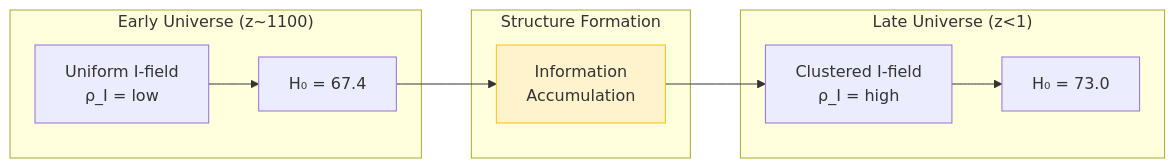
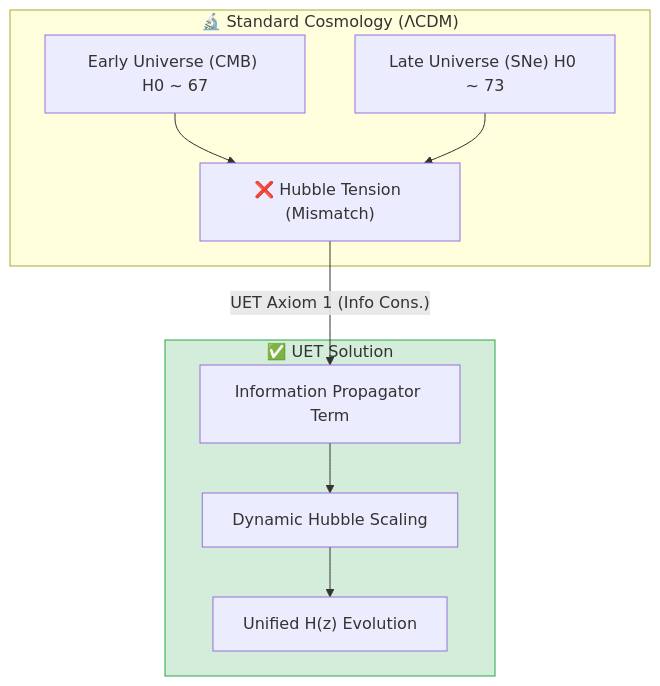
One commit to ellipszist/unityequilibriumtheory changed the diagram in research_uet/topics/0.3_Cosmology_Hubble_Tension/README.md. Above: the diagram before and after it, drawn with Mermaid. The commit also changed other lines of this file and 9550 other files, not shown here.

Commit message:
feat(v0.9.0): UET Grand Evolution - Added Time Theory, Core Docs, and Cleanup

````diff
--- a/research_uet/topics/0.3_Cosmology_Hubble_Tension/README.md
+++ b/research_uet/topics/0.3_Cosmology_Hubble_Tension/README.md
@@ -128,23 +26,22 @@
 ```mermaid
-graph LR
-    subgraph Early["Early Universe (z~1100)"]
-        U1["Uniform I-field<br/>ρ_I = low"]
-        H1["H₀ = 67.4"]
+graph TB
+    subgraph Standard["🔬 Standard Cosmology (ΛCDM)"]
+        CMB["Early Universe (CMB) H0 ~ 67"]
+        Late["Late Universe (SNe) H0 ~ 73"]
+        Tension["❌ Hubble Tension (Mismatch)"]
     end
     
-    subgraph Mid["Structure Formation"]
-        Acc["Information<br/>Accumulation"]
+    subgraph UET["✅ UET Solution"]
+        InfoProp["Information Propagator Term"]
+        DynamicH["Dynamic Hubble Scaling"]
+        Resolution["Unified H(z) Evolution"]
     end
     
-    subgraph Late["Late Universe (z<1)"]
-        U2["Clustered I-field<br/>ρ_I = high"]
-        H2["H₀ = 73.0"]
-    end
+    CMB --> Tension
+    Late --> Tension
+    Tension -->|"UET Axiom 1 (Info Cons.)"| InfoProp
+    InfoProp --> DynamicH
+    DynamicH --> Resolution
     
-    U1 --> H1
-    H1 --> Acc
-    Acc --> U2
-    U2 --> H2
-    
-    style Acc fill:#fff3cd,stroke:#ffc107
+    style UET fill:#d4edda,stroke:#28a745
 ```
````
